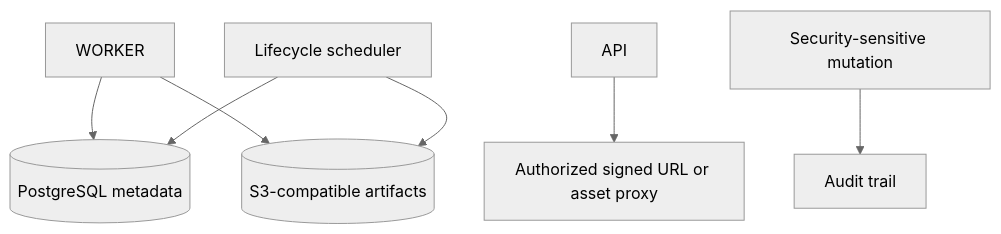
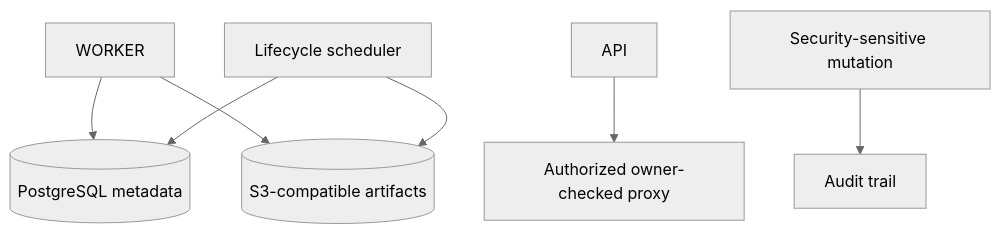
Before and after one commit to supercheck-io/supercheck: the diagram in .agents/skills/data-storage/SKILL.md, drawn with Mermaid (neutral theme). The commit also changed other lines of this file and 8 other files, not shown here.

````diff
--- a/.agents/skills/data-storage/SKILL.md
+++ b/.agents/skills/data-storage/SKILL.md
@@ -8,9 +8,9 @@
 ```mermaid
 flowchart TD
   WORKER --> DB[(PostgreSQL metadata)]
   WORKER --> OBJ[(S3-compatible artifacts)]
-  API --> ACCESS[Authorized signed URL or asset proxy]
+  API --> ACCESS[Authorized owner-checked proxy]
   CLEAN[Lifecycle scheduler] --> DB
   CLEAN --> OBJ
   MUT[Security-sensitive mutation] --> AUDIT[Audit trail]
 ```
````
